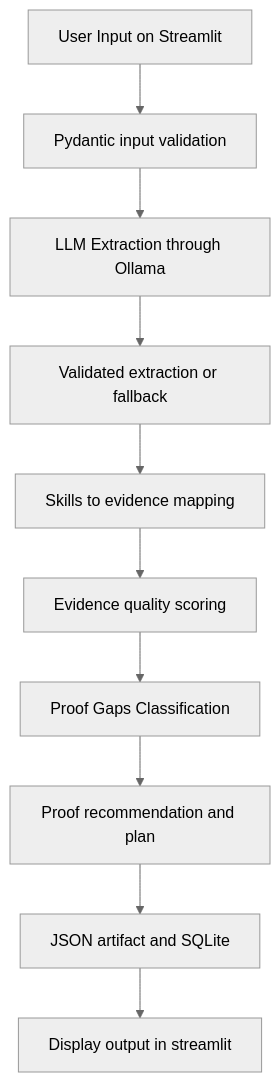
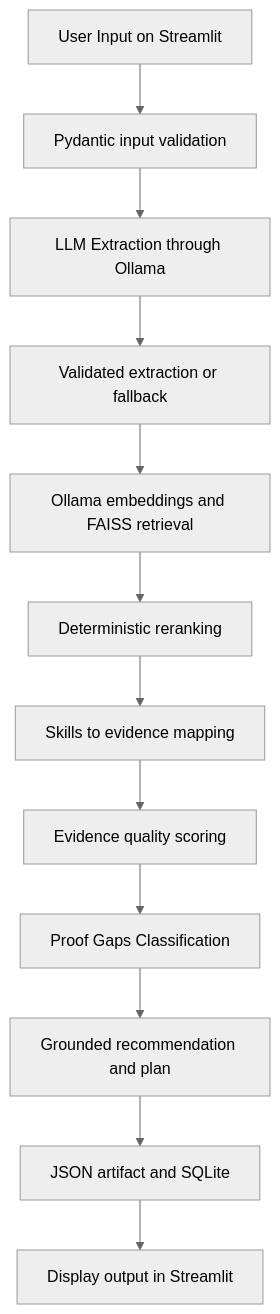
Before and after one commit to poonamkumbhar/PROVE-Proof-Building-Project: the diagram in README.md, drawn with Mermaid (neutral theme). The commit also changed other lines of this file and 15 other files, not shown here.

````diff
--- a/README.md
+++ b/README.md
@@ -124,12 +160,14 @@
 ```mermaid
 flowchart TD
     A["User Input on Streamlit"] --> B["Pydantic input validation"]
     B --> C["LLM Extraction through Ollama"]
     C --> D["Validated extraction or fallback"]
-    D --> E["Skills to evidence mapping"]
-    E --> F["Evidence quality scoring"]
-    F --> G["Proof Gaps Classification"]
-    G --> H["Proof recommendation and plan"]
-    H --> I["JSON artifact and SQLite"]
-    I --> J["Display output in streamlit"]
+    D --> E["Ollama embeddings and FAISS retrieval"]
+    E --> F["Deterministic reranking"]
+    F --> G["Skills to evidence mapping"]
+    G --> H["Evidence quality scoring"]
+    H --> I["Proof Gaps Classification"]
+    I --> J["Grounded recommendation and plan"]
+    J --> K["JSON artifact and SQLite"]
+    K --> L["Display output in Streamlit"]
 ```
````
